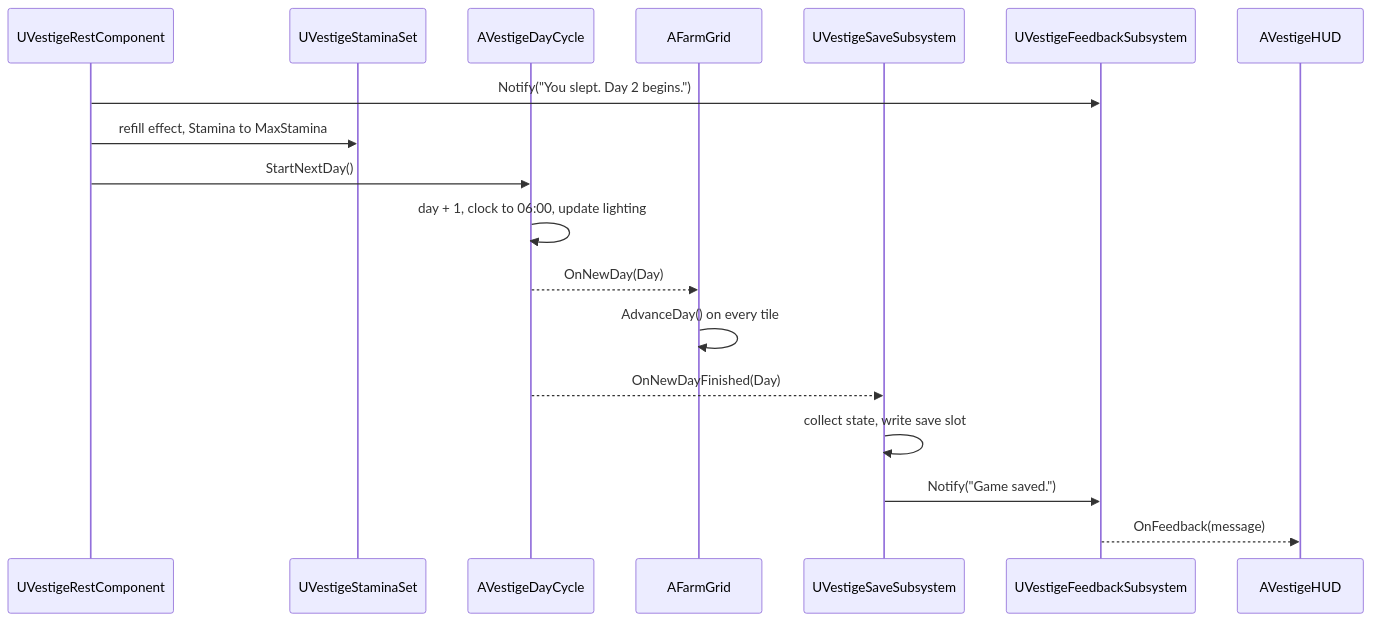
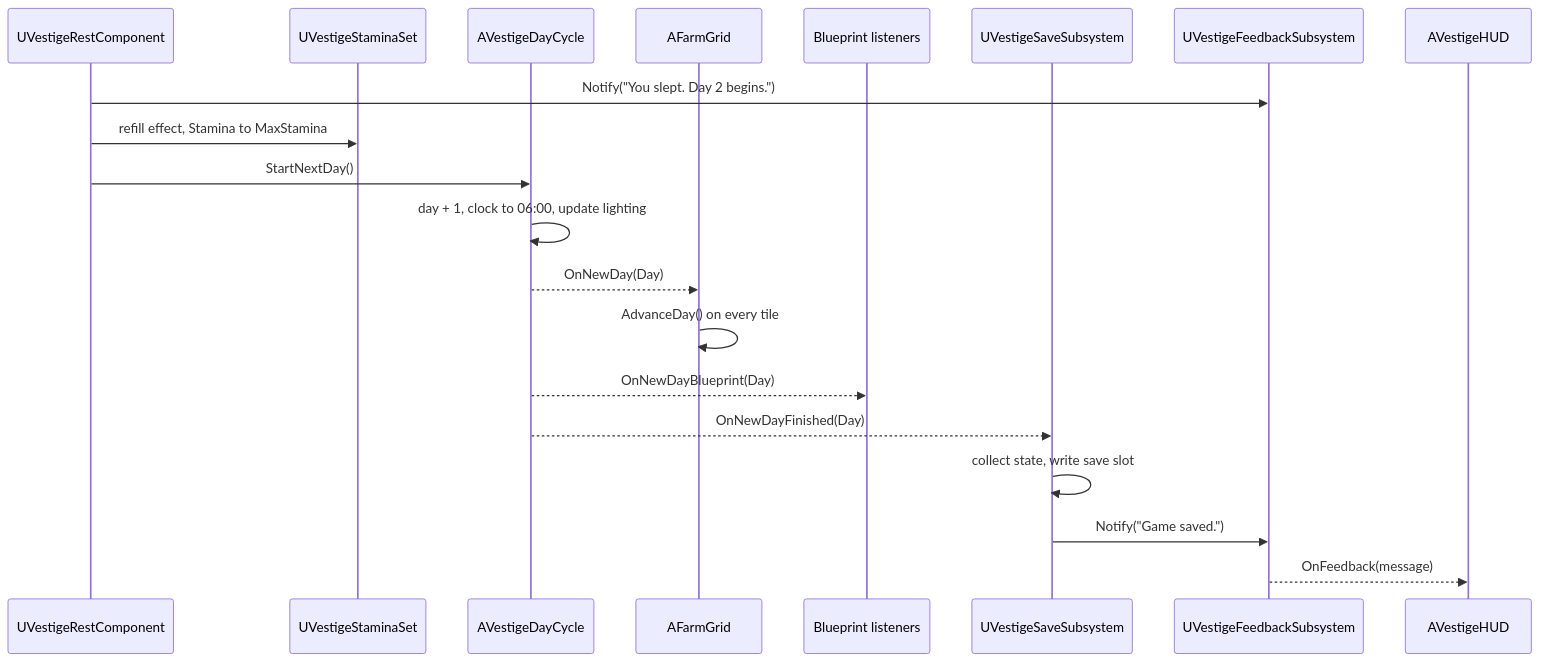
Before and after one commit to DunderGG/ProjectVestige: the second of 2 diagrams in Docs/Architecture.md, drawn with Mermaid. The commit also changed other lines of this file and 14 other files, not shown here.

First line of the commit message:
Add Blueprint events for the new day, harvests and tool uses

````diff
--- a/Docs/Architecture.md
+++ b/Docs/Architecture.md
@@ -436,20 +449,22 @@
 ```mermaid
 sequenceDiagram
     participant Rest as UVestigeRestComponent
     participant Stamina as UVestigeStaminaSet
     participant DayCycle as AVestigeDayCycle
     participant Grid as AFarmGrid
+    participant Blueprints as Blueprint listeners
     participant Save as UVestigeSaveSubsystem
     participant Feedback as UVestigeFeedbackSubsystem
     participant HUD as AVestigeHUD
     Rest->>Feedback: Notify("You slept. Day 2 begins.")
     Rest->>Stamina: refill effect, Stamina to MaxStamina
     Rest->>DayCycle: StartNextDay()
     DayCycle->>DayCycle: day + 1, clock to 06:00, update lighting
     DayCycle-->>Grid: OnNewDay(Day)
     Grid->>Grid: AdvanceDay() on every tile
+    DayCycle-->>Blueprints: OnNewDayBlueprint(Day)
     DayCycle-->>Save: OnNewDayFinished(Day)
     Save->>Save: collect state, write save slot
     Save->>Feedback: Notify("Game saved.")
     Feedback-->>HUD: OnFeedback(message)
 ```
````
